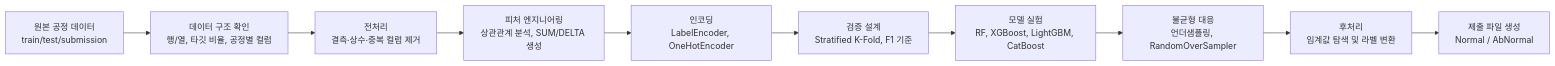
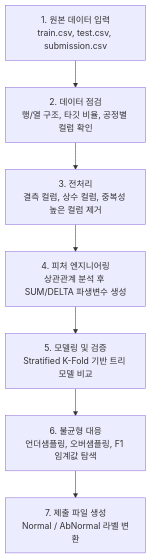
The diagram in README.md (scnelMG/lg-aimers-5th-manufacturing-quality-prediction), drawn with Mermaid before and after one commit.

Commit message:
Improve README pipeline readability

````diff
--- a/README.md
+++ b/README.md
@@ -33,12 +33,12 @@
 ```mermaid
-flowchart LR
-    A["원본 공정 데이터<br/>train/test/submission"] --> B["데이터 구조 확인<br/>행/열, 타깃 비율, 공정별 컬럼"]
-    B --> C["전처리<br/>결측·상수·중복 컬럼 제거"]
-    C --> D["피처 엔지니어링<br/>상관관계 분석, SUM/DELTA 생성"]
-    D --> E["인코딩<br/>LabelEncoder, OneHotEncoder"]
-    E --> F["검증 설계<br/>Stratified K-Fold, F1 기준"]
-    F --> G["모델 실험<br/>RF, XGBoost, LightGBM, CatBoost"]
-    G --> H["불균형 대응<br/>언더샘플링, RandomOverSampler"]
-    H --> I["후처리<br/>임계값 탐색 및 라벨 변환"]
-    I --> J["제출 파일 생성<br/>Normal / AbNormal"]
+flowchart TB
+    A["1. 원본 데이터 입력<br/>train.csv, test.csv, submission.csv"]
+    B["2. 데이터 점검<br/>행/열 구조, 타깃 비율, 공정별 컬럼 확인"]
+    C["3. 전처리<br/>결측 컬럼, 상수 컬럼, 중복성 높은 컬럼 제거"]
+    D["4. 피처 엔지니어링<br/>상관관계 분석 후 SUM/DELTA 파생변수 생성"]
+    E["5. 모델링 및 검증<br/>Stratified K-Fold 기반 트리 모델 비교"]
+    F["6. 불균형 대응<br/>언더샘플링, 오버샘플링, F1 임계값 탐색"]
+    G["7. 제출 파일 생성<br/>Normal / AbNormal 라벨 변환"]
+
+    A --> B --> C --> D --> E --> F --> G
 ```
````
